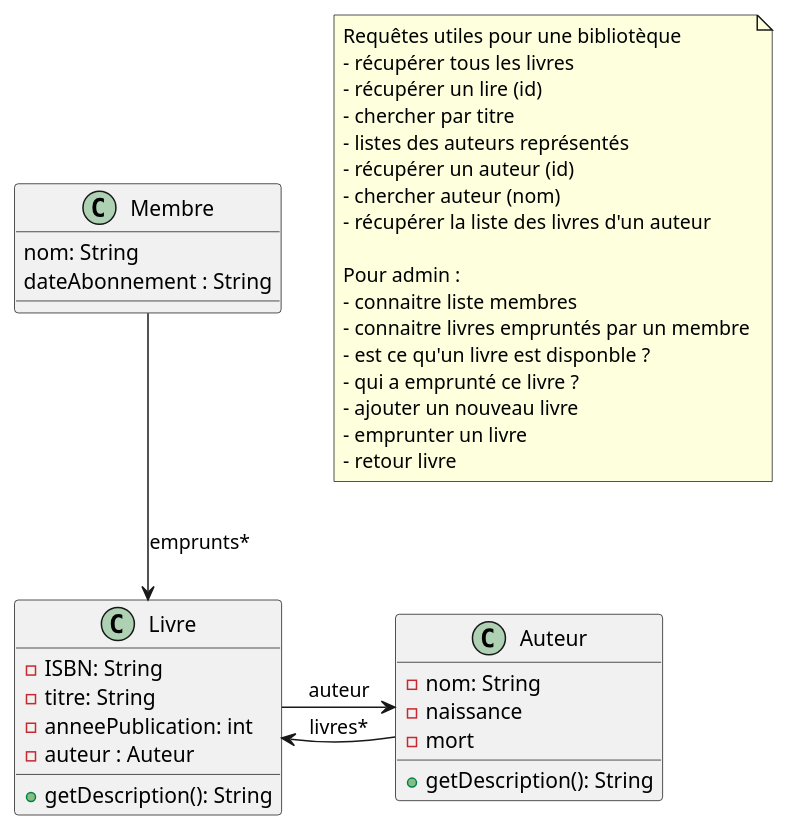
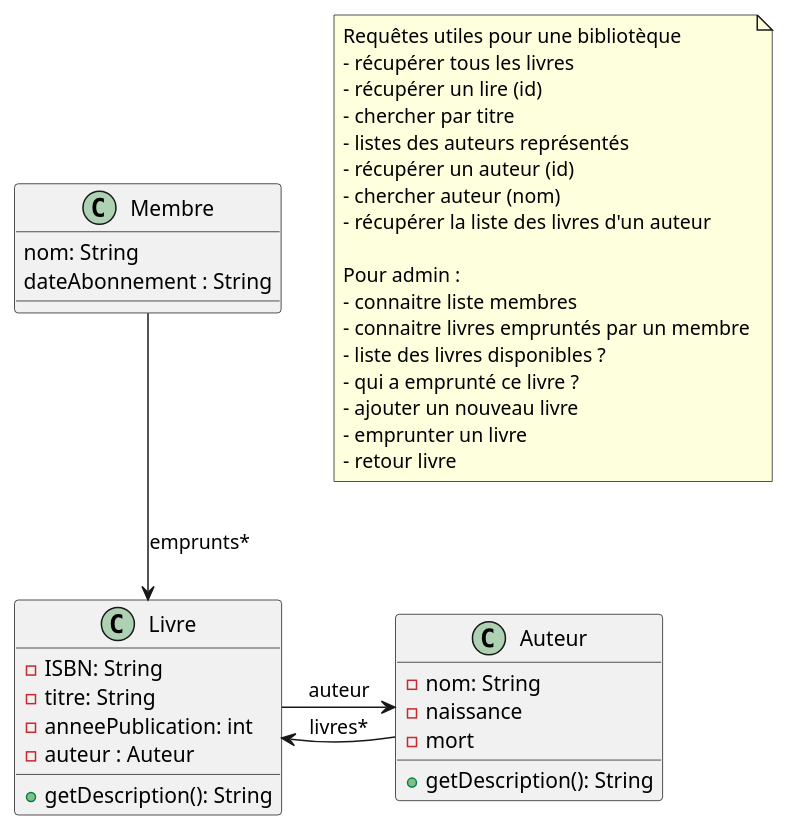
The diagram in doc/1_Classes_Bases.puml (florentBourgeois/biblioWeb-25-26), drawn with PlantUML before and after one commit. The commit also changed 3 other files, not shown here.

Commit message:
recherche dans les membres

```diff
--- a/doc/1_Classes_Bases.puml
+++ b/doc/1_Classes_Bases.puml
@@ -1,35 +1,35 @@
 @startuml
 'https://plantuml.com/sequence-diagram
 
 class Livre {
     - ISBN: String
     - titre: String
     - anneePublication: int
     - auteur : Auteur
 
     + getDescription(): String
 }
 
 class Auteur {
 - nom: String
 - naissance
 - mort
 
 + getDescription(): String
 }
 
 class Membre {
     nom: String
     dateAbonnement : String
 }
 
 
 Livre ->  Auteur : auteur
 Auteur -> Livre : livres*
 
 Membre --> Livre : emprunts*
 
-note "Requêtes utiles pour une bibliotèque\n- récupérer tous les livres\n- récupérer un lire (id)\n- chercher par titre\n- listes des auteurs représentés\n- récupérer un auteur (id)\n- chercher auteur (nom)\n- récupérer la liste des livres d'un auteur\n\nPour admin : \n- connaitre liste membres\n- connaitre livres empruntés par un membre\n- est ce qu'un livre est disponble ? \n- qui a emprunté ce livre ?\n- ajouter un nouveau livre\n- emprunter un livre\n- retour livre" as N1
+note "Requêtes utiles pour une bibliotèque\n- récupérer tous les livres\n- récupérer un lire (id)\n- chercher par titre\n- listes des auteurs représentés\n- récupérer un auteur (id)\n- chercher auteur (nom)\n- récupérer la liste des livres d'un auteur\n\nPour admin : \n- connaitre liste membres\n- connaitre livres empruntés par un membre\n- liste des livres disponibles ? \n- qui a emprunté ce livre ?\n- ajouter un nouveau livre\n- emprunter un livre\n- retour livre" as N1
 
 
 @enduml
```
